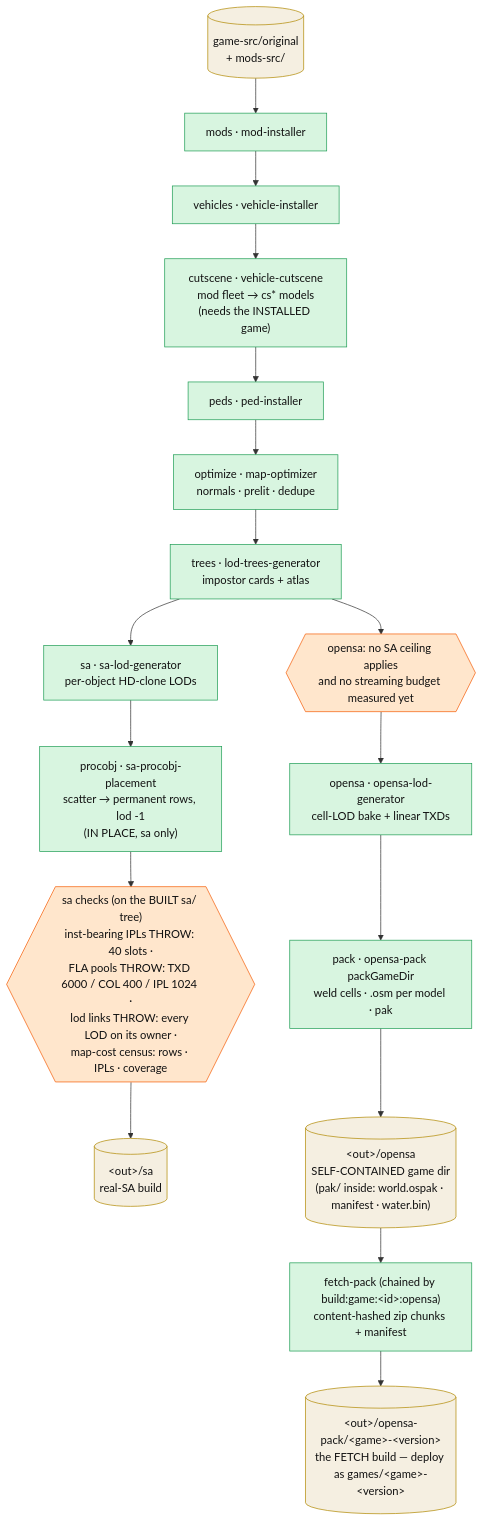
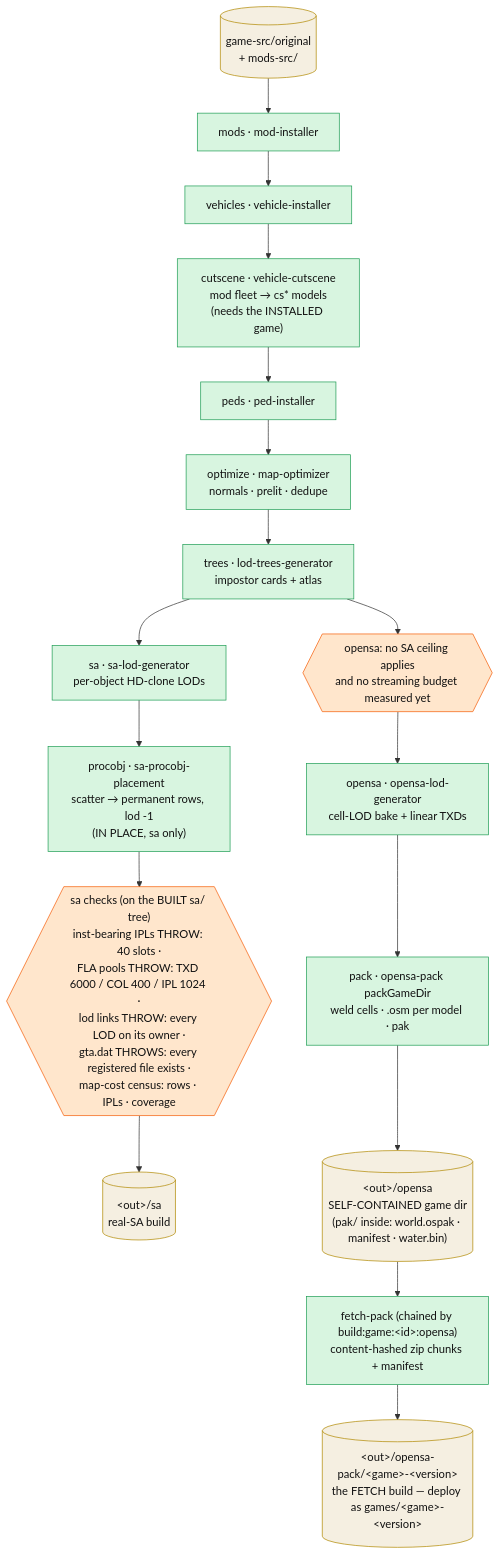
The diagram in docs/architecture/perfect-map-builder.md (sexorcist00/opensa), drawn with Mermaid before and after one commit. The commit also changed 4 other files, not shown here.

First line of the commit message:
feat(pmb): fail the build when gta.dat registers a file the tree does not have

````diff
--- a/docs/architecture/perfect-map-builder.md
+++ b/docs/architecture/perfect-map-builder.md
@@ -78,30 +78,30 @@
 ```mermaid
 %%| pmb-pipeline
 flowchart TB
   src[("game-src/original<br/>+ mods-src/")]:::data
   mods["mods · mod-installer"]:::stage
   veh["vehicles · vehicle-installer"]:::stage
   cs["cutscene · vehicle-cutscene<br/>mod fleet → cs* models<br/>(needs the INSTALLED game)"]:::stage
   peds["peds · ped-installer"]:::stage
   opt["optimize · map-optimizer<br/>normals · prelit · dedupe"]:::stage
   trees["trees · lod-trees-generator<br/>impostor cards + atlas"]:::stage
   proc["procobj · sa-procobj-placement<br/>scatter → permanent rows, lod -1<br/>(IN PLACE, sa only)"]:::stage
-  guard{{"sa checks (on the BUILT sa/ tree)<br/>inst-bearing IPLs THROW: 40 slots ·<br/>FLA pools THROW: TXD 6000 / COL 400 / IPL 1024 ·<br/>lod links THROW: every LOD on its owner ·<br/>map-cost census: rows · IPLs · coverage"}}:::guard
+  guard{{"sa checks (on the BUILT sa/ tree)<br/>inst-bearing IPLs THROW: 40 slots ·<br/>FLA pools THROW: TXD 6000 / COL 400 / IPL 1024 ·<br/>lod links THROW: every LOD on its owner ·<br/>gta.dat THROWS: every registered file exists ·<br/>map-cost census: rows · IPLs · coverage"}}:::guard
   osguard{{"opensa: no SA ceiling applies<br/>and no streaming budget measured yet"}}:::guard
   sa["sa · sa-lod-generator<br/>per-object HD-clone LODs"]:::stage
   oslod["opensa · opensa-lod-generator<br/>cell-LOD bake + linear TXDs"]:::stage
   pack["pack · opensa-pack packGameDir<br/>weld cells · .osm per model · pak"]:::stage
   outsa[("&lt;out&gt;/sa<br/>real-SA build")]:::data
   outos[("&lt;out&gt;/opensa<br/>SELF-CONTAINED game dir<br/>(pak/ inside: world.ospak · manifest · water.bin)")]:::data
   fetch["fetch-pack (chained by build:game:&lt;id&gt;:opensa)<br/>content-hashed zip chunks + manifest"]:::stage
   outpak[("&lt;out&gt;/opensa-pack/&lt;game&gt;-&lt;version&gt;<br/>the FETCH build — deploy as games/&lt;game&gt;-&lt;version&gt;")]:::data
 
   src --> mods --> veh --> cs --> peds --> opt --> trees
   trees --> sa --> proc --> guard --> outsa
   trees --> osguard --> oslod --> pack --> outos
   outos --> fetch --> outpak
 
   classDef stage fill:#d8f5e0,stroke:#1f9d55,color:#111
   classDef guard fill:#ffe6cc,stroke:#f55c07,color:#111
   classDef data fill:#f5efe1,stroke:#b08900,color:#111
 ```
````
